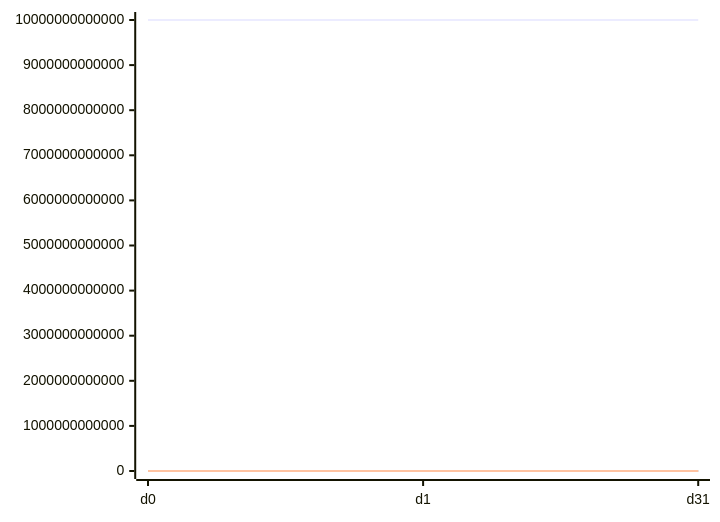
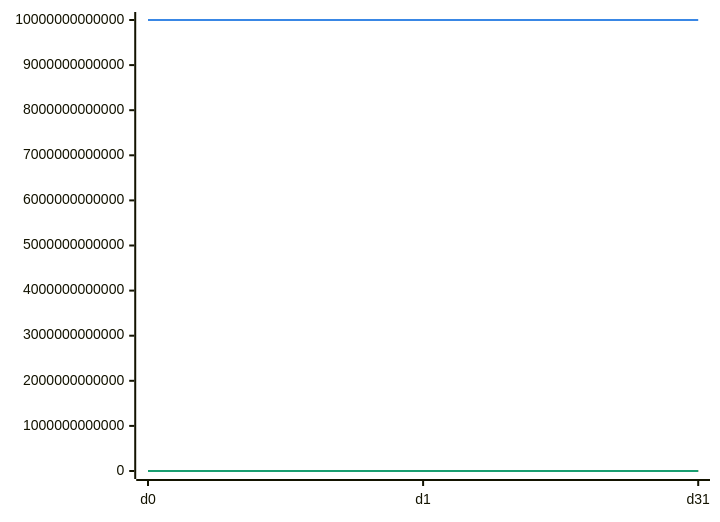
One commit to cds-turbin3/vesting-position changed the first of 10 diagrams in babelfish-tests/test-report/clawback_before_grace_fails.md. Above: the diagram before and after it, drawn with Mermaid. The commit also changed other lines of this file and 104 other files, not shown here.

Commit message:
Regenerate reports: folded charts, named colors, empty charts pruned

````diff
--- a/babelfish-tests/test-report/clawback_before_grace_fails.md
+++ b/babelfish-tests/test-report/clawback_before_grace_fails.md
@@ -36,7 +37,8 @@
 ```mermaid
+%%{init: {"themeVariables": {"xyChart": {"plotColorPalette": "#3987e5, #d95926, #199e70, #c98500, #d55181, #2ca02c, #9085e9, #e66767"}}}}%%
 xychart-beta
     x-axis ["d0", "d1", "d31"]
     line [10000000000000, 10000000000000, 10000000000000]
     line [0, 0, 0]
     line [0, 0, 0]
 ```
````
